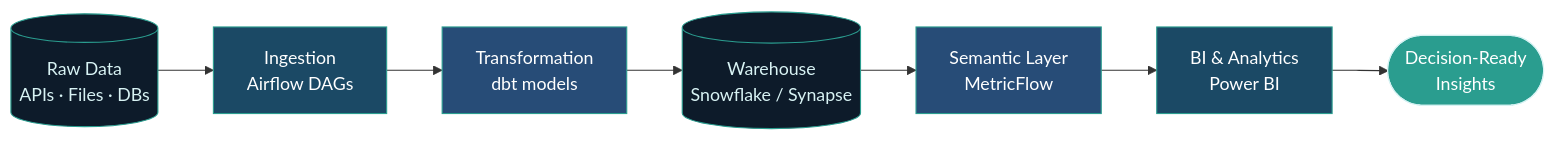
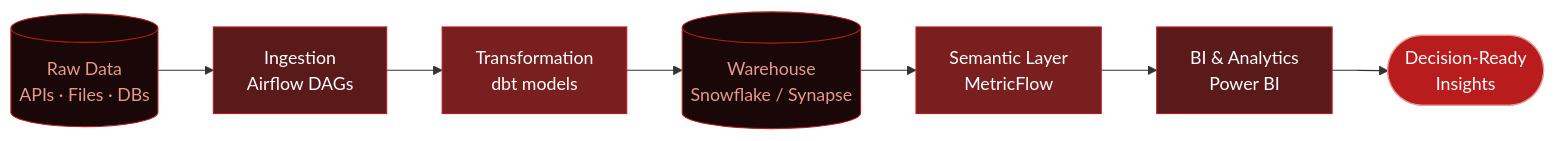
Before and after one commit to Menna-Rady/Menna-Rady: the diagram in README.md, drawn with Mermaid. The commit also changed other lines of this file, not shown here.

````diff
--- a/README.md
+++ b/README.md
@@ -143,17 +143,17 @@
 ```mermaid
 flowchart LR
     A[("Raw Data<br/>APIs · Files · DBs")] --> B["Ingestion<br/>Airflow DAGs"]
     B --> C["Transformation<br/>dbt models"]
     C --> D[("Warehouse<br/>Snowflake / Synapse")]
     D --> E["Semantic Layer<br/>MetricFlow"]
     E --> F["BI & Analytics<br/>Power BI"]
     F --> G(["Decision-Ready<br/>Insights"])
 
-    style A fill:#0d1b2a,stroke:#2a9d8f,color:#d8f3f4
-    style B fill:#1b4965,stroke:#2a9d8f,color:#ffffff
-    style C fill:#274c77,stroke:#2a9d8f,color:#ffffff
-    style D fill:#0d1b2a,stroke:#2a9d8f,color:#d8f3f4
-    style E fill:#274c77,stroke:#2a9d8f,color:#ffffff
-    style F fill:#1b4965,stroke:#2a9d8f,color:#ffffff
-    style G fill:#2a9d8f,stroke:#d8f3f4,color:#ffffff
+    style A fill:#1a0707,stroke:#b91c1c,color:#e8998d
+    style B fill:#5b1a1a,stroke:#b91c1c,color:#ffffff
+    style C fill:#7a1f1f,stroke:#b91c1c,color:#ffffff
+    style D fill:#1a0707,stroke:#b91c1c,color:#e8998d
+    style E fill:#7a1f1f,stroke:#b91c1c,color:#ffffff
+    style F fill:#5b1a1a,stroke:#b91c1c,color:#ffffff
+    style G fill:#b91c1c,stroke:#e8998d,color:#ffffff
 ```
````
